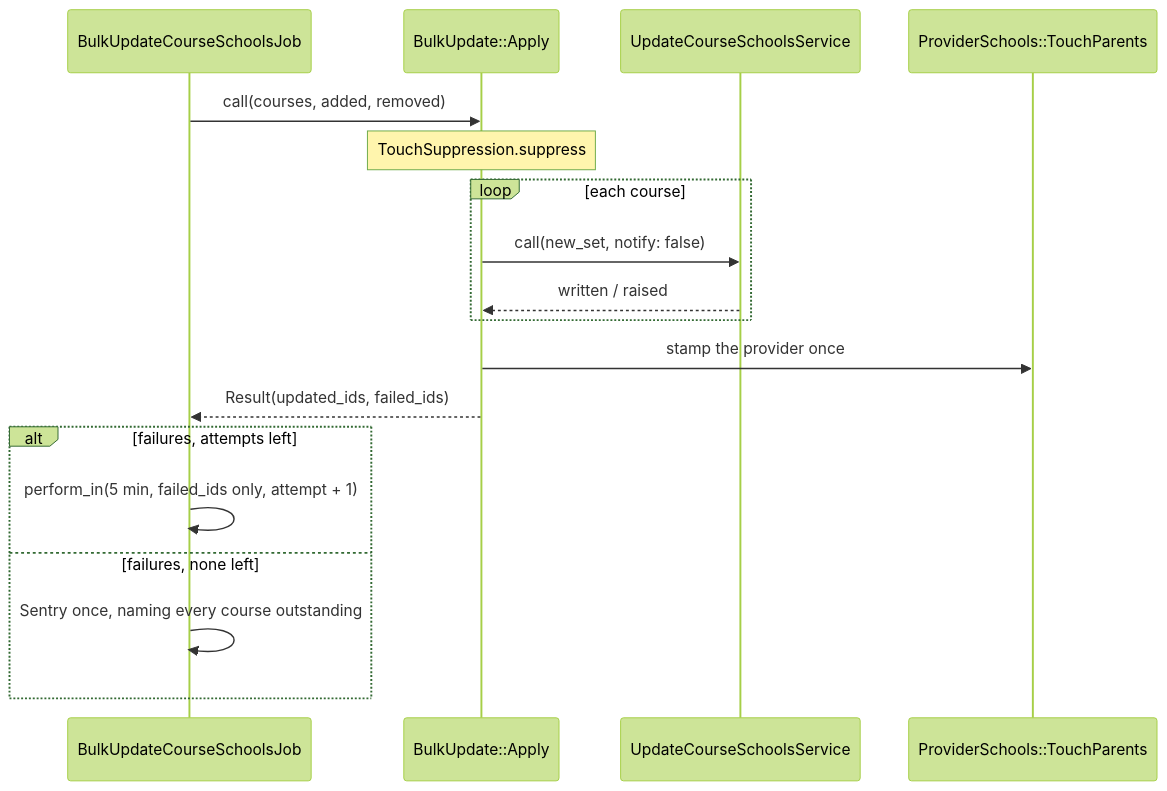
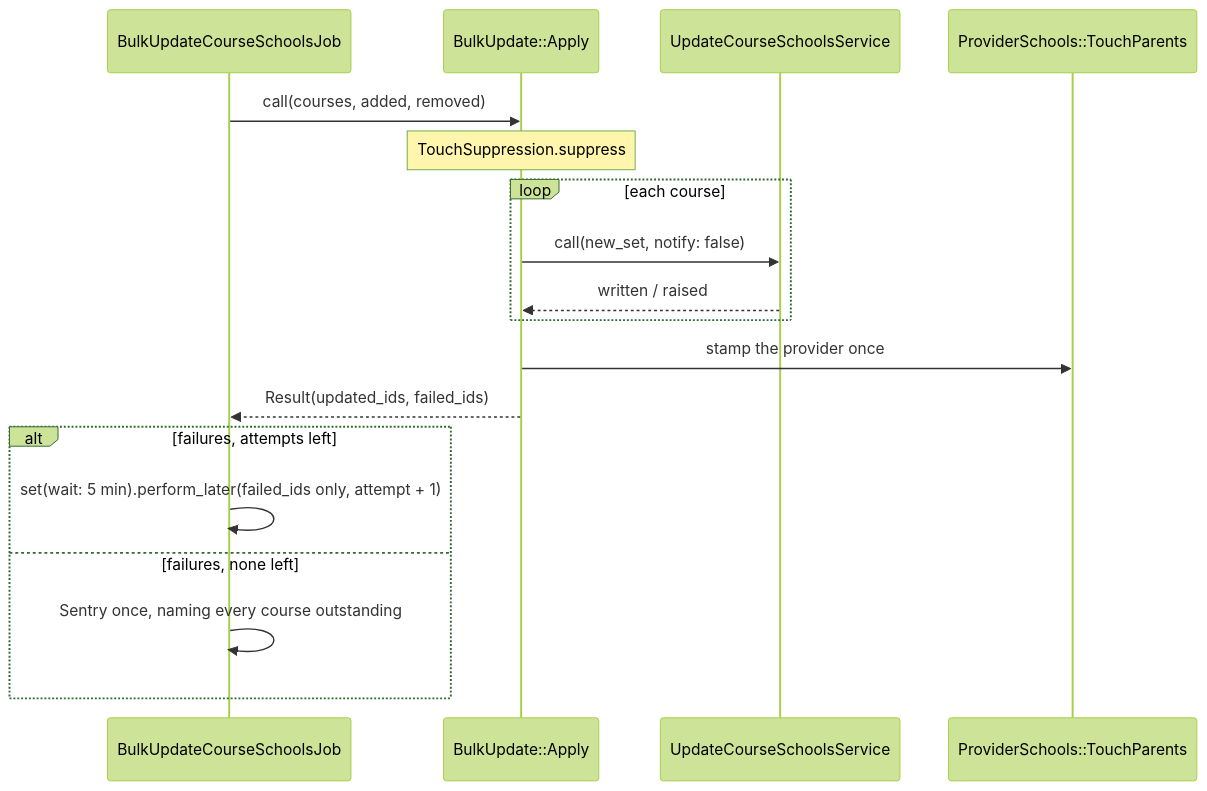
One commit to DFE-Digital/publish-teacher-training changed the second of 2 diagrams in docs/bulk-update-placement-schools.md. Above: the diagram before and after it, drawn with Mermaid (forest theme). The commit also changed other lines of this file and 11 other files, not shown here.

````diff
--- a/docs/bulk-update-placement-schools.md
+++ b/docs/bulk-update-placement-schools.md
@@ -75,20 +75,20 @@
 ```mermaid
 sequenceDiagram
     participant J as BulkUpdateCourseSchoolsJob
     participant A as BulkUpdate::Apply
     participant S as UpdateCourseSchoolsService
     participant T as ProviderSchools::TouchParents
     J->>A: call(courses, added, removed)
     Note over A: TouchSuppression.suppress
     loop each course
         A->>S: call(new_set, notify: false)
         S-->>A: written / raised
     end
     A->>T: stamp the provider once
     A-->>J: Result(updated_ids, failed_ids)
     alt failures, attempts left
-        J->>J: perform_in(5 min, failed_ids only, attempt + 1)
+        J->>J: set(wait: 5 min).perform_later(failed_ids only, attempt + 1)
     else failures, none left
         J->>J: Sentry once, naming every course outstanding
     end
 ```
````
